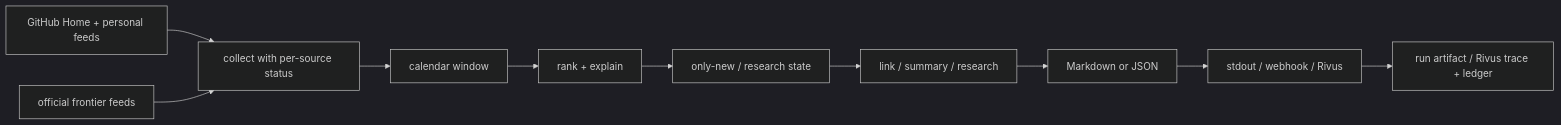
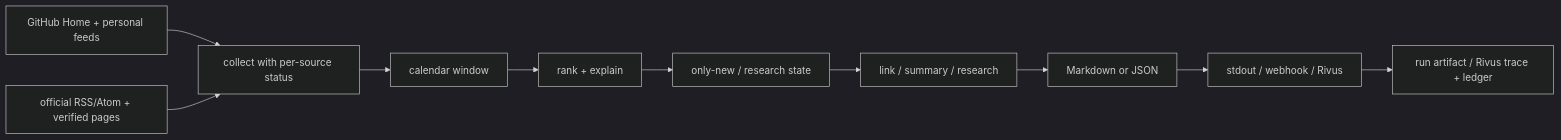
One commit to PerfectPan/rss-summary changed the diagram in docs/architecture.md. Above: the diagram before and after it, drawn with Mermaid (dark theme). The commit also changed other lines of this file and 26 other files, not shown here.

First line of the commit message:
feat(sources): ingest official news pages (#32)

````diff
--- a/docs/architecture.md
+++ b/docs/architecture.md
@@ -20,12 +20,12 @@
 ```mermaid
 flowchart LR
   Personal["GitHub Home + personal feeds"] --> Collect["collect with per-source status"]
-  Official["official frontier feeds"] --> Collect
+  Official["official RSS/Atom + verified pages"] --> Collect
   Collect --> Window["calendar window"]
   Window --> Rank["rank + explain"]
   Rank --> State["only-new / research state"]
   State --> Depth["link / summary / research"]
   Depth --> Render["Markdown or JSON"]
   Render --> Delivery["stdout / webhook / Rivus"]
   Delivery --> Audit["run artifact / Rivus trace + ledger"]
 ```
````
